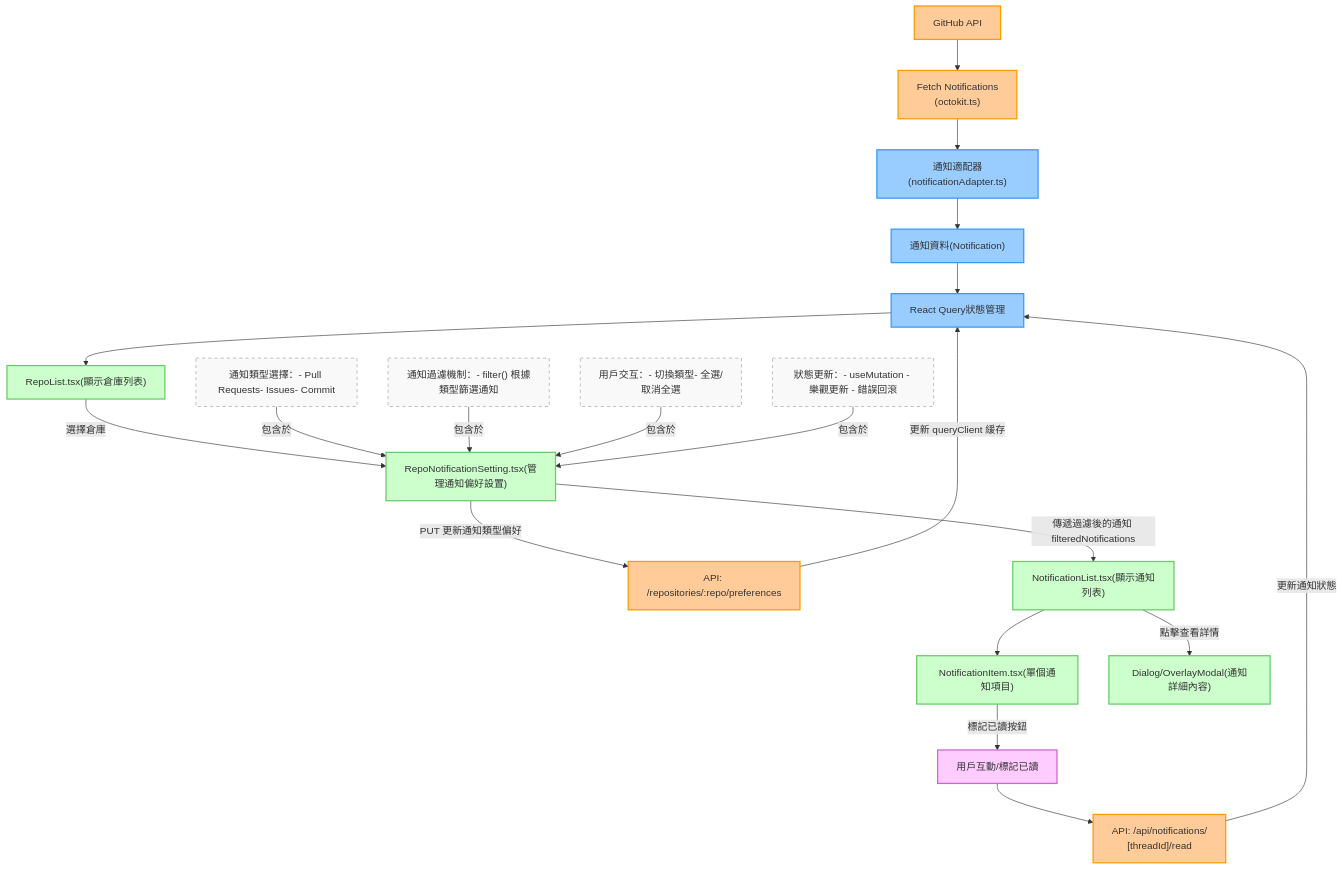
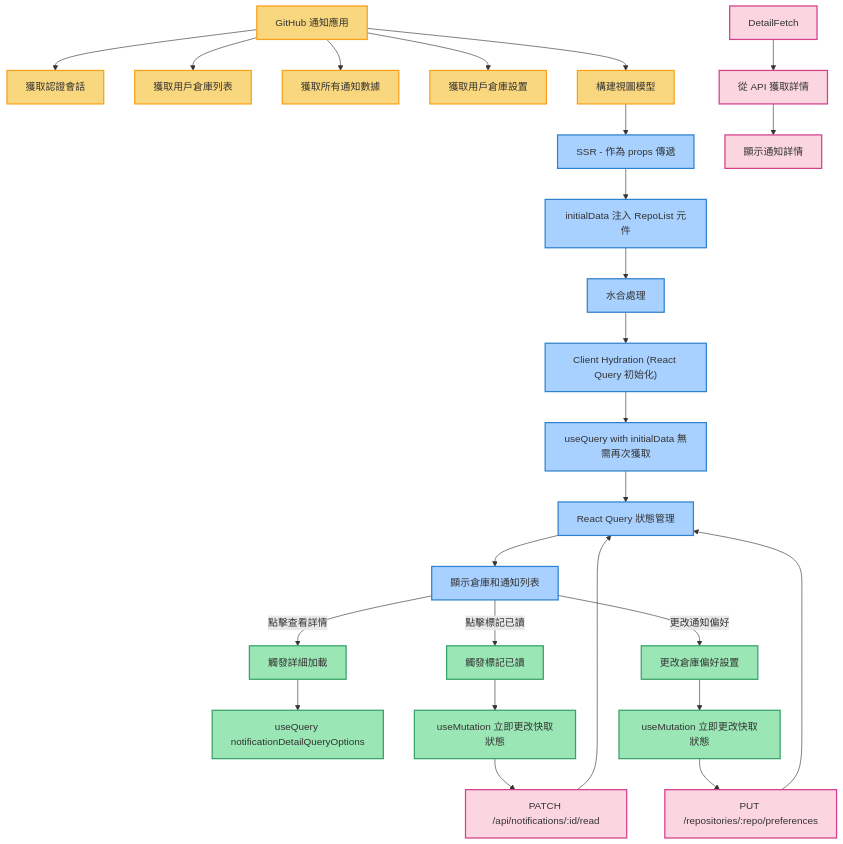
One commit to richart-coder/github-dashboard changed the diagram in docs/architecture/notification-flow.mmd. Above: the diagram before and after it, drawn with Mermaid. The commit also changed 7 other files, not shown here.

```diff
--- a/docs/architecture/notification-flow.mmd
+++ b/docs/architecture/notification-flow.mmd
@@ -1,44 +1,48 @@
 flowchart TD
-    %% 數據層
-    A["GitHub API"] --> B["Fetch Notifications\n(octokit.ts)"]
-    B --> C["通知適配器(notificationAdapter.ts)"]
-    C --> D["通知資料(Notification)"]
-    D --> E["React Query狀態管理"]
+    %% 頂部導航功能
+    A["GitHub 通知應用"] --> A1["獲取認證會話"]
+    A --> A2["獲取用戶倉庫列表"] 
+    A --> A3["獲取所有通知數據"]
+    A --> A4["獲取用戶倉庫設置"]
+    A --> A5["構建視圖模型"]
     
-    %% 倉庫層
-    E --> F["RepoList.tsx(顯示倉庫列表)"]
-    F -->|"選擇倉庫"| G["RepoNotificationSetting.tsx(管理通知偏好設置)"]
+    %% 資料流 - 伺服器到客戶端
+    A5 --> SSR["SSR - 作為 props 傳遞"]
+    SSR --> Init["initialData 注入 RepoList 元件"]
+    Init --> Hydrate["水合處理"]
+    Hydrate --> ClientHydrate["Client Hydration (React Query 初始化)"]
+    ClientHydrate --> NoRefetch["useQuery with initialData 無需再次獲取"]
+    NoRefetch --> RQState["React Query 狀態管理"]
     
-    %% RepoNotificationSetting 詳細功能
-    G1["通知類型選擇：- Pull Requests- Issues- Commit"] -->|"包含於"| G
-    G2["通知過濾機制：- filter() 根據類型篩選通知"] -->|"包含於"| G
-    G3["用戶交互：- 切換類型- 全選/取消全選"] -->|"包含於"| G
-    G4["狀態更新：- useMutation - 樂觀更新 - 錯誤回滾"] -->|"包含於"| G
+    %% 資料使用和更新流程
+    RQState --> Display["顯示倉庫和通知列表"]
     
-    %% 倉庫偏好設置流程
-    G -->|"PUT 更新通知類型偏好"| M["API: /repositories/:repo/preferences"]
-    M -->|"更新 queryClient 緩存"| E
+    %% 用戶交互 - 查看詳情
+    Display --> |"點擊查看詳情"| DetailClick["觸發詳細加載"]
+    DetailClick --> DetailQuery["useQuery notificationDetailQueryOptions"]
+    DetailFetch --> DetailAPI["從 API 獲取詳情"]
+    DetailAPI --> ShowDetail["顯示通知詳情"]
     
-    %% 通知顯示層
-    G -->|"傳遞過濾後的通知 filteredNotifications"| H["NotificationList.tsx(顯示通知列表)"]
-    H --> I["NotificationItem.tsx(單個通知項目)"]
-    H -->|"點擊查看詳情"| J["Dialog/OverlayModal(通知詳細內容)"]
+    %% 用戶交互 - 標記已讀
+    Display --> |"點擊標記已讀"| ReadClick["觸發標記已讀"]
+    ReadClick --> ReadMutation["useMutation 立即更改快取狀態"]
+    ReadMutation --> ReadPatch["PATCH /api/notifications/:id/read"]
+    ReadPatch --> RQState
     
-    %% 用戶交互層
-    I -->|"標記已讀按鈕"| K["用戶互動/標記已讀"]
-    K --> L["API: /api/notifications/\n[threadId]/read"]
-    L -->|"更新通知狀態"| E
+    %% 用戶交互 - 更新偏好設置
+    Display --> |"更改通知偏好"| PrefClick["更改倉庫偏好設置"]
+    PrefClick --> PrefMutation["useMutation 立即更改快取狀態"]
+    PrefMutation --> PrefPut["PUT /repositories/:repo/preferences"]
+    PrefPut --> RQState
     
-    %% 樣式定義
-    classDef apiNode fill:#ffcc99,stroke:#ff9900,stroke-width:2px;
-    classDef dataNode fill:#99ccff,stroke:#3399ff,stroke-width:2px;
-    classDef componentNode fill:#ccffcc,stroke:#66cc66,stroke-width:2px;
-    classDef actionNode fill:#ffccff,stroke:#cc66cc,stroke-width:2px;
-    classDef detailNode fill:#f9f9f9,stroke:#999999,stroke-width:1px,stroke-dasharray: 5 5;
+    %% 樣式設定
+    classDef serverNode fill:#f9d77e,stroke:#f9a11b,stroke-width:2px;
+    classDef dataFlowNode fill:#a8d1ff,stroke:#3182ce,stroke-width:2px;
+    classDef actionNode fill:#9ae6b4,stroke:#38a169,stroke-width:2px;
+    classDef apiNode fill:#fbd5e0,stroke:#d53f8c,stroke-width:2px;
     
     %% 應用樣式
-    class A,B,M,L apiNode;
-    class C,D,E dataNode;
-    class F,G,H,I,J componentNode;
-    class K actionNode;
-    class G1,G2,G3,G4 detailNode;
+    class A,A1,A2,A3,A4,A5 serverNode;
+    class SSR,Init,Hydrate,ClientHydrate,NoRefetch,RQState,Display dataFlowNode;
+    class DetailClick,ReadClick,PrefClick,DetailQuery,ReadMutation,PrefMutation actionNode;
+    class DetailFetch,DetailAPI,ShowDetail,ReadPatch,PrefPut apiNode;
```
